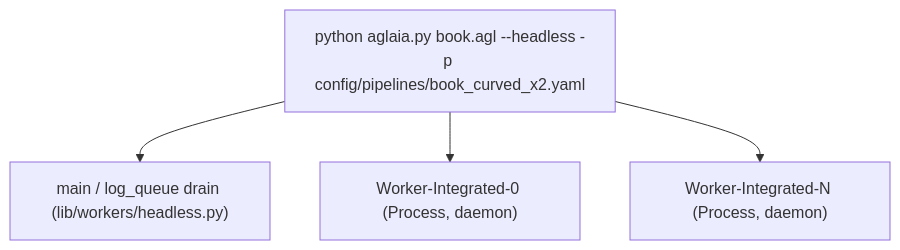
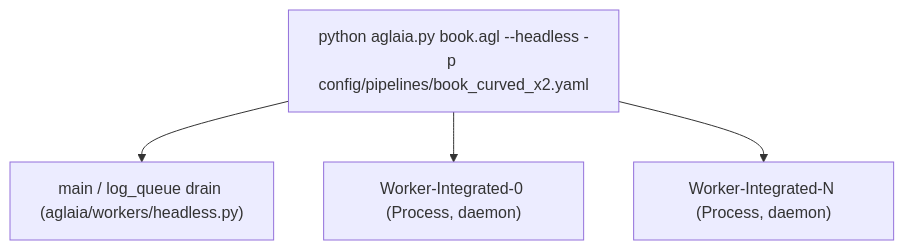
The third of 3 diagrams in docs/architecture.md (yb85/aglaia), drawn with Mermaid before and after one commit. The commit also changed other lines of this file and 408 other files, not shown here.

````diff
--- a/docs/architecture.md
+++ b/docs/architecture.md
@@ -141,10 +141,10 @@
 ```mermaid
 flowchart TD
     Root["python aglaia.py book.agl --headless -p config/pipelines/book_curved_x2.yaml"]
-    Main["main / log_queue drain (lib/workers/headless.py)"]
+    Main["main / log_queue drain (aglaia/workers/headless.py)"]
     W0["Worker-Integrated-0 (Process, daemon)"]
     WN["Worker-Integrated-N (Process, daemon)"]
     Root --> Main
     Root --> W0
     Root --> WN
 ```
````
